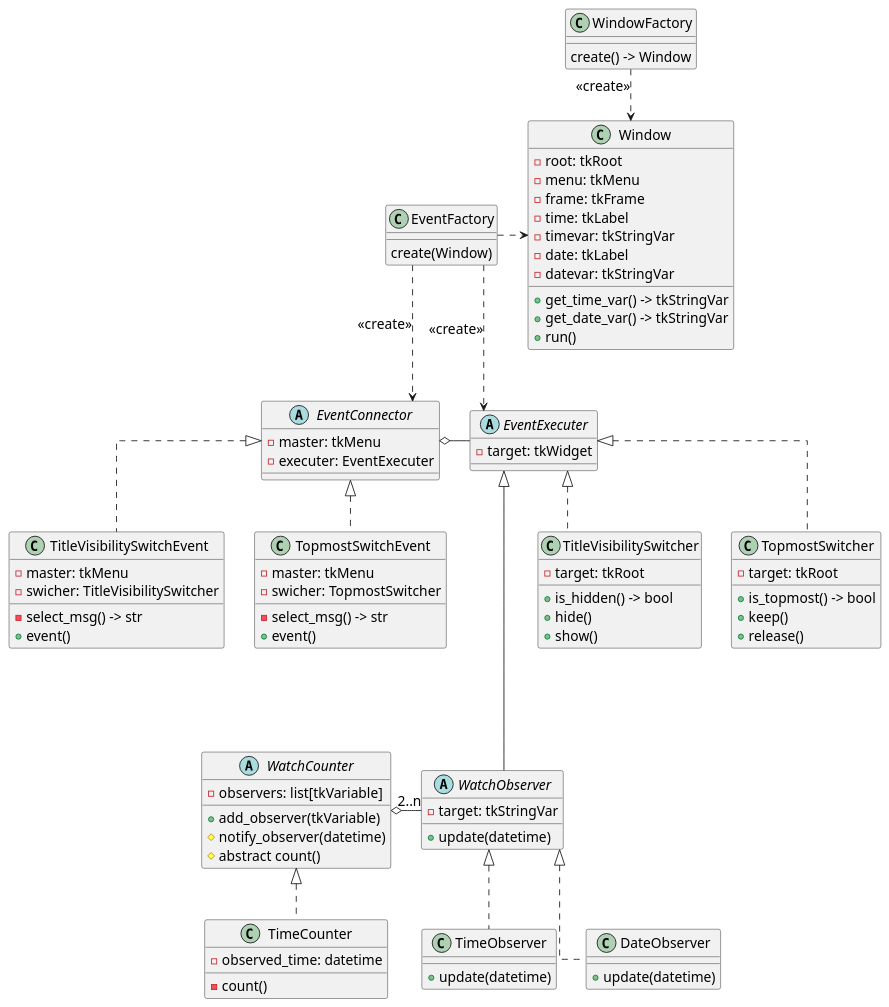
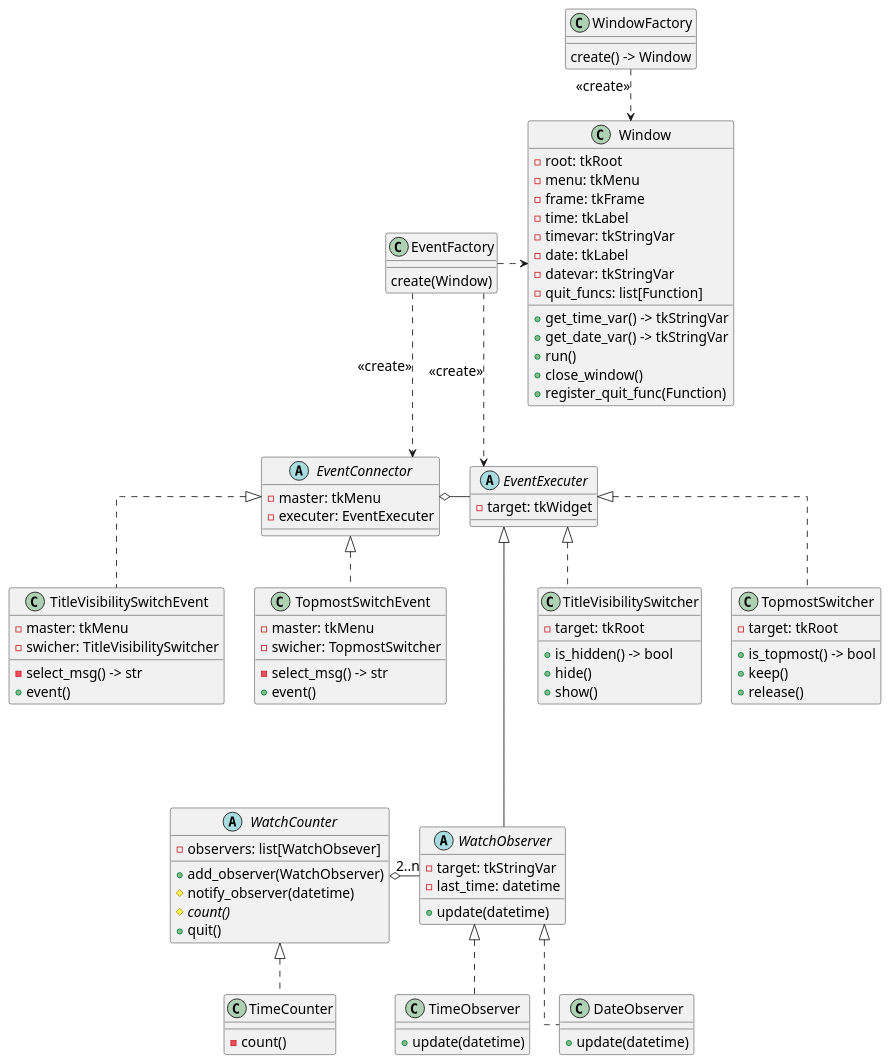
The diagram in doc/class.puml (TAKE4548/OLW), drawn with PlantUML before and after one commit. The commit also changed 17 other files, not shown here.

```diff
--- a/doc/class.puml
+++ b/doc/class.puml
@@ -1,97 +1,101 @@
 @startuml Class
 skinparam {
    defaultfontsize 16
    linetype ortho
 }
 class "Window" as w {
     - root: tkRoot
     - menu: tkMenu
     - frame: tkFrame
     - time: tkLabel
     - timevar: tkStringVar
     - date: tkLabel
     - datevar: tkStringVar
+    - quit_funcs: list[Function]
     + get_time_var() -> tkStringVar
     + get_date_var() -> tkStringVar
     + run()
+    + close_window()
+    + register_quit_func(Function)
 }
 class "WindowFactory" as wf {
     create() -> Window
 }
 wf ..> w: <<create>>
 
 class "EventFactory" as ef {
     create(Window)
 }
 ef .r.> w
 abstract class "EventConnector" as ec {
     - master: tkMenu
     - executer: EventExecuter
 }
 abstract class "EventExecuter" as ee {
     - target: tkWidget
 }
 ec o-r- ee
 ef ..> ec: <<create>>
 ef ..> ee: <<create>>
 
 class "TitleVisibilitySwitcher" as tvs {
     - target: tkRoot
     + is_hidden() -> bool
     + hide()
     + show()
 }
 ee <|.. tvs
 
 class "TitleVisibilitySwitchEvent" as tvse {
     - master: tkMenu
     - swicher: TitleVisibilitySwitcher
     - select_msg() -> str
     + event()
 }
 ec <|.. tvse
 
 class "TopmostSwitcher" as tms {
     - target: tkRoot
     + is_topmost() -> bool
     + keep()
     + release()
 }
 ee <|.. tms
 
 class "TopmostSwitchEvent" as tmse {
     - master: tkMenu
     - swicher: TopmostSwitcher
     - select_msg() -> str
     + event()
 }
 ec <|.. tmse
 
 abstract class "WatchObserver" as wo {
     - target: tkStringVar
+    - last_time: datetime
     + update(datetime)
 }
 ee <|---- wo
 
 class "TimeObserver" as to {
     + update(datetime)
 }
 class "DateObserver" as do {
     + update(datetime)
 }
 wo <|.. to
 wo <|.. do
 
 abstract class "WatchCounter" as wc {
-    - observers: list[tkVariable]
-    + add_observer(tkVariable)
+    - observers: list[WatchObsever]
+    + add_observer(WatchObserver)
     # notify_observer(datetime)
-    # abstract count()
+    # {abstract} count()
+    + quit()
 }
 class "TimeCounter" as tc {
-    - observed_time: datetime
     - count()
 }
 wc <|.. tc
 wo "2..n" -l-o wc
 @enduml
```
